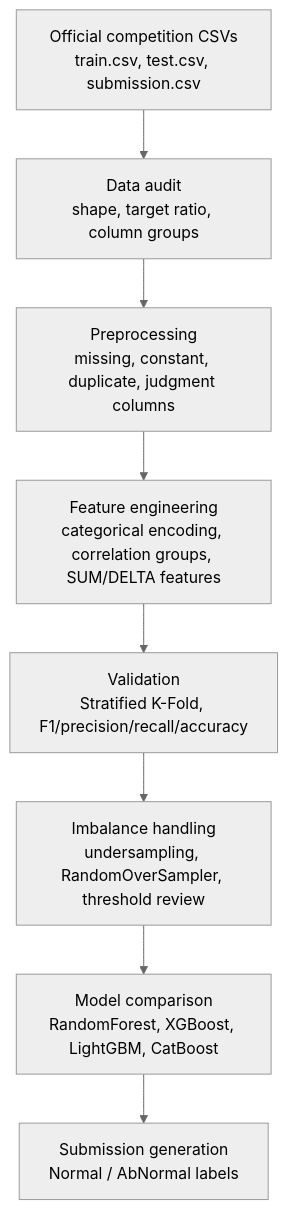
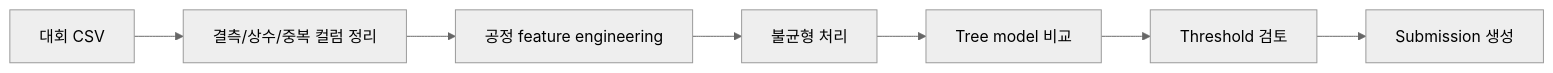
The diagram in README.md (scnelMG/lg-aimers-5th-manufacturing-quality-prediction), drawn with Mermaid (neutral theme) before and after one commit. The commit also changed other lines of this file, not shown here.

````diff
--- a/README.md
+++ b/README.md
@@ -42,13 +48,9 @@
 ```mermaid
-flowchart TB
-    A["Official competition CSVs<br/>train.csv, test.csv, submission.csv"]
-    B["Data audit<br/>shape, target ratio, column groups"]
-    C["Preprocessing<br/>missing, constant, duplicate, judgment columns"]
-    D["Feature engineering<br/>categorical encoding, correlation groups, SUM/DELTA features"]
-    E["Validation<br/>Stratified K-Fold, F1/precision/recall/accuracy"]
-    F["Imbalance handling<br/>undersampling, RandomOverSampler, threshold review"]
-    G["Model comparison<br/>RandomForest, XGBoost, LightGBM, CatBoost"]
-    H["Submission generation<br/>Normal / AbNormal labels"]
-
-    A --> B --> C --> D --> E --> F --> G --> H
+flowchart LR
+    A["대회 CSV"] --> B["결측/상수/중복 컬럼 정리"]
+    B --> C["공정 feature engineering"]
+    C --> D["불균형 처리"]
+    D --> E["Tree model 비교"]
+    E --> F["Threshold 검토"]
+    F --> G["Submission 생성"]
 ```
````
